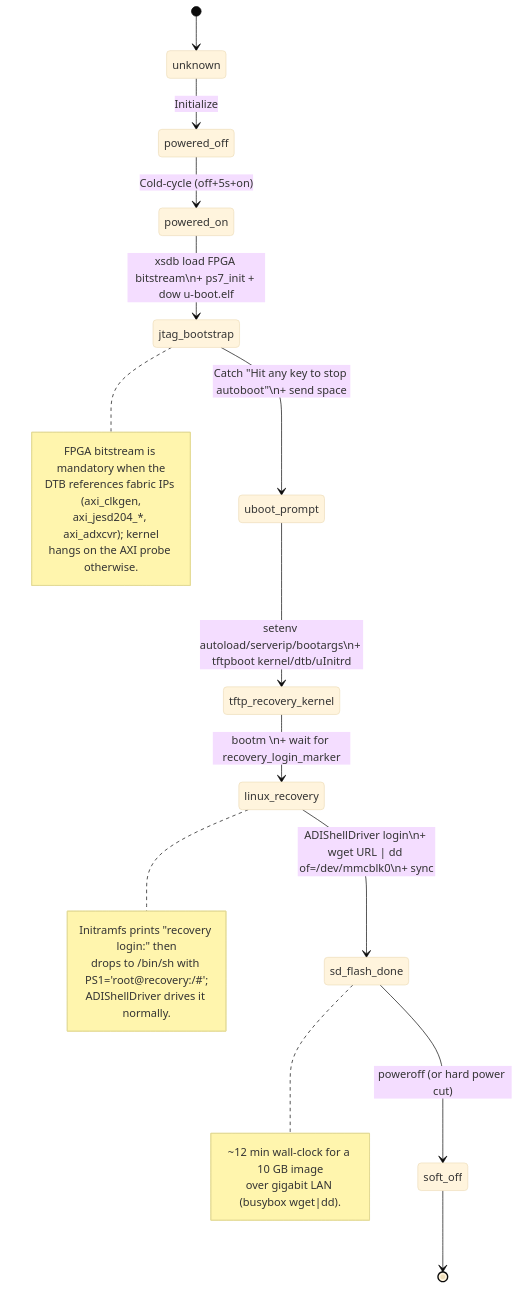
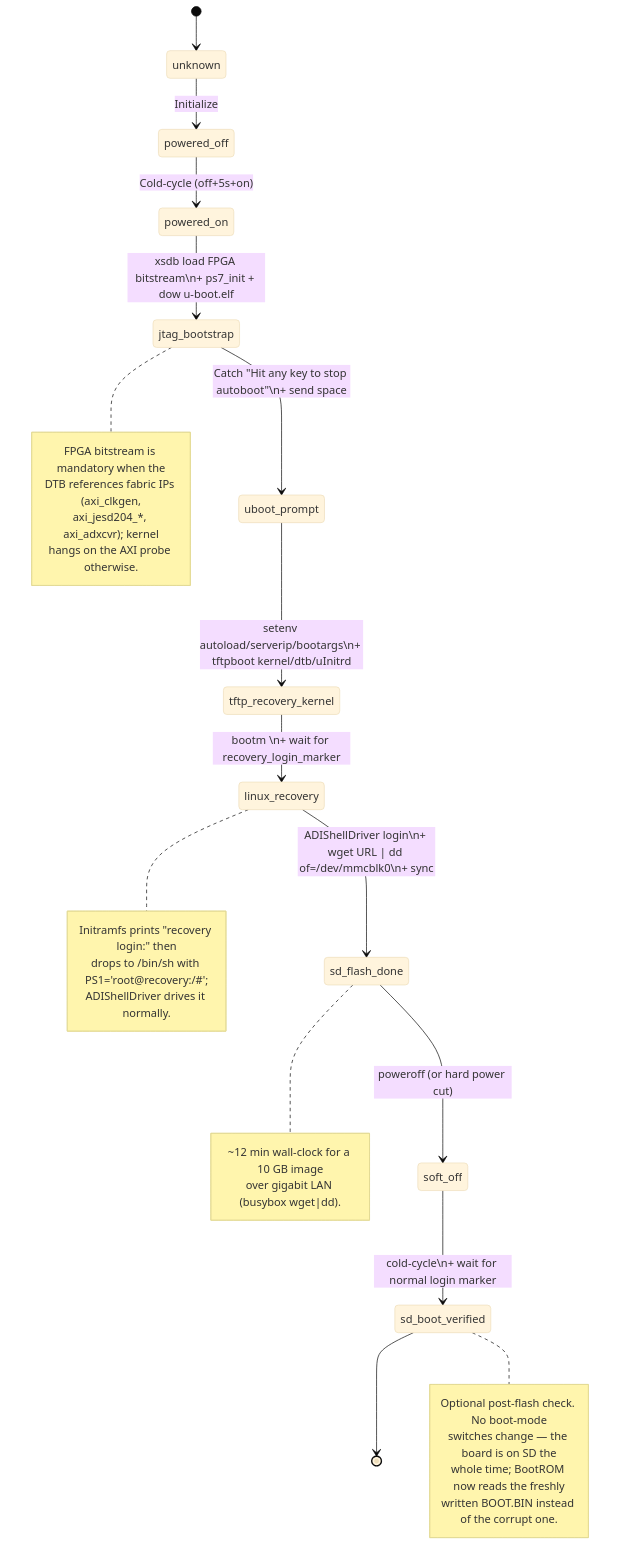
One commit to tfcollins/labgrid-plugins changed the fourth of 9 diagrams in docs/source/user-guide/strategies.rst. Above: the diagram before and after it, drawn with Mermaid (base theme). The commit also changed other lines of this file and 3 other files, not shown here.

First line of the commit message:
feat(BootZynq7000JTAGRecovery): add sd_boot_verified state to confirm flashed SD boots

```diff
--- a/docs/source/user-guide/strategies.rst
+++ b/docs/source/user-guide/strategies.rst
@@ -451,36 +451,44 @@
 .. mermaid::
 
    stateDiagram-v2
        [*] --> unknown
 
        unknown --> powered_off: Initialize
        powered_off --> powered_on: Cold-cycle (off+5s+on)
 
        powered_on --> jtag_bootstrap: xsdb load FPGA bitstream\n+ ps7_init + dow u-boot.elf
 
        jtag_bootstrap --> uboot_prompt: Catch "Hit any key to stop autoboot"\n+ send space
 
        uboot_prompt --> tftp_recovery_kernel: setenv autoload/serverip/bootargs\n+ tftpboot kernel/dtb/uInitrd
        tftp_recovery_kernel --> linux_recovery: bootm \n+ wait for recovery_login_marker
        linux_recovery --> sd_flash_done: ADIShellDriver login\n+ wget URL | dd of=/dev/mmcblk0\n+ sync
 
        sd_flash_done --> soft_off: poweroff (or hard power cut)
-       soft_off --> [*]
+       soft_off --> sd_boot_verified: cold-cycle\n+ wait for normal login marker
+       sd_boot_verified --> [*]
 
        note right of jtag_bootstrap
            FPGA bitstream is mandatory when the
            DTB references fabric IPs (axi_clkgen,
            axi_jesd204_*, axi_adxcvr); kernel
            hangs on the AXI probe otherwise.
+       end note
+
+       note right of sd_boot_verified
+           Optional post-flash check. No boot-mode
+           switches change — the board is on SD the
+           whole time; BootROM now reads the freshly
+           written BOOT.BIN instead of the corrupt one.
        end note
 
        note right of linux_recovery
            Initramfs prints "recovery login:" then
            drops to /bin/sh with PS1='root@recovery:/#';
            ADIShellDriver drives it normally.
        end note
 
        note right of sd_flash_done
            ~12 min wall-clock for a 10 GB image
            over gigabit LAN (busybox wget|dd).
        end note
```
